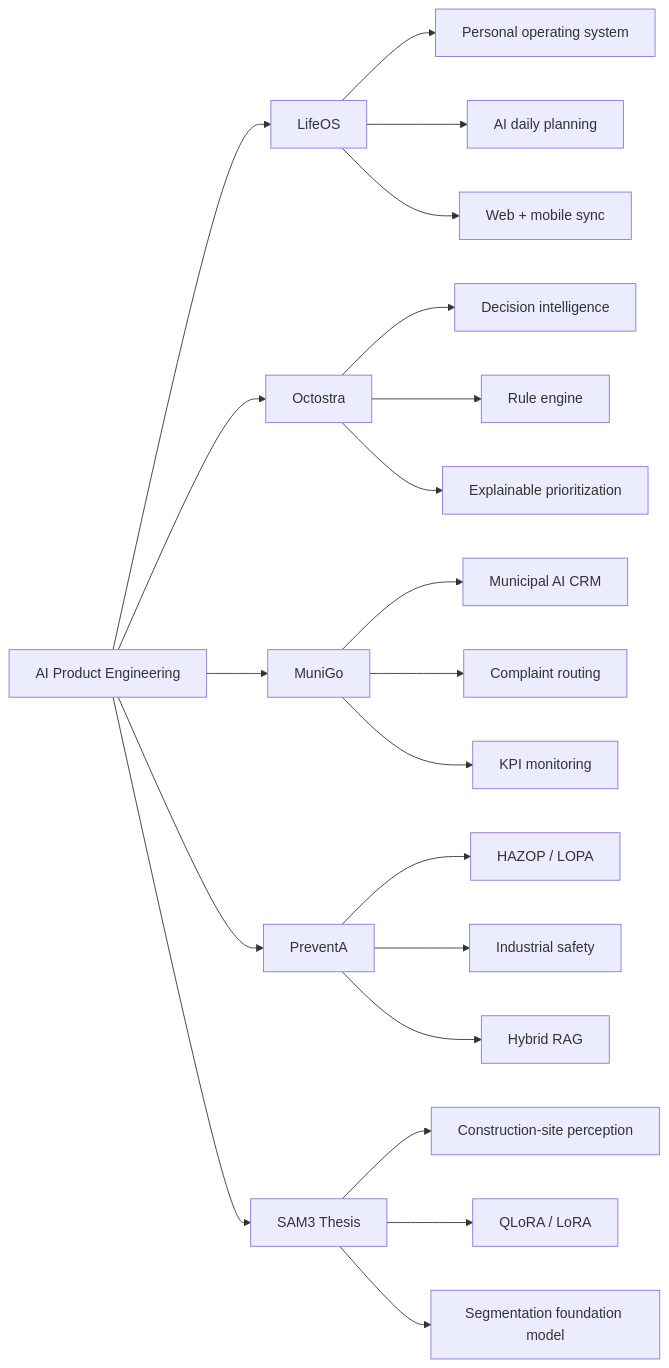
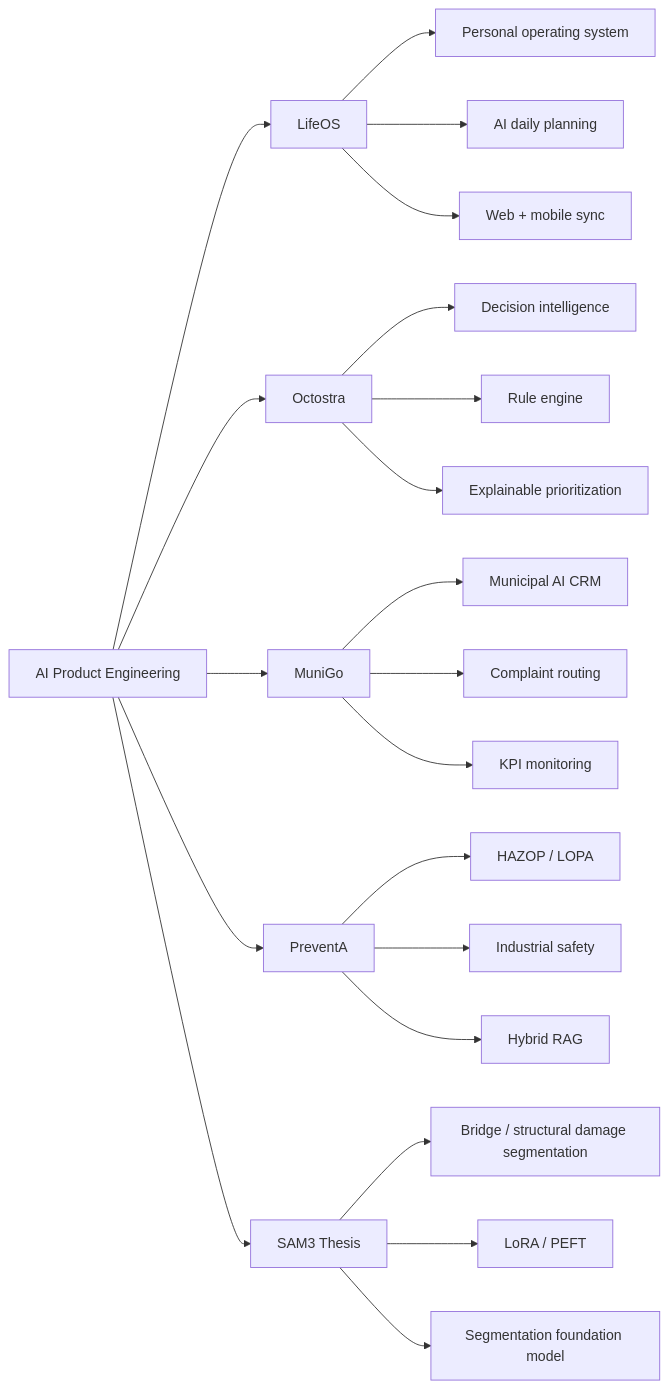
Before and after one commit to tarikdeveci/tarikdeveci: the diagram in README.md, drawn with Mermaid. The commit also changed other lines of this file, not shown here.

Commit message:
Fix stale facts: İzmir not Istanbul, LoRA not QLoRA, bridge damage not construction-site

````diff
--- a/README.md
+++ b/README.md
@@ -62,28 +62,28 @@
 ```mermaid
 flowchart LR
     A["AI Product Engineering"] --> B["LifeOS"]
     A --> C["Octostra"]
     A --> D["MuniGo"]
     A --> E["PreventA"]
     A --> F["SAM3 Thesis"]
 
     B --> B1["Personal operating system"]
     B --> B2["AI daily planning"]
     B --> B3["Web + mobile sync"]
 
     C --> C1["Decision intelligence"]
     C --> C2["Rule engine"]
     C --> C3["Explainable prioritization"]
 
     D --> D1["Municipal AI CRM"]
     D --> D2["Complaint routing"]
     D --> D3["KPI monitoring"]
 
     E --> E1["HAZOP / LOPA"]
     E --> E2["Industrial safety"]
     E --> E3["Hybrid RAG"]
 
-    F --> F1["Construction-site perception"]
-    F --> F2["QLoRA / LoRA"]
+    F --> F1["Bridge / structural damage segmentation"]
+    F --> F2["LoRA / PEFT"]
     F --> F3["Segmentation foundation model"]
 ```
````
